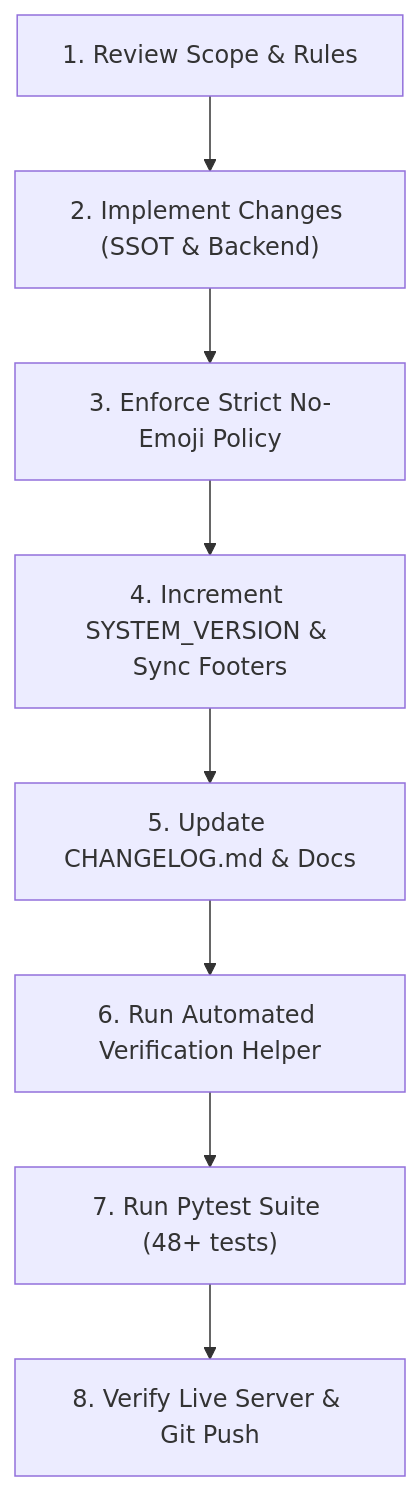
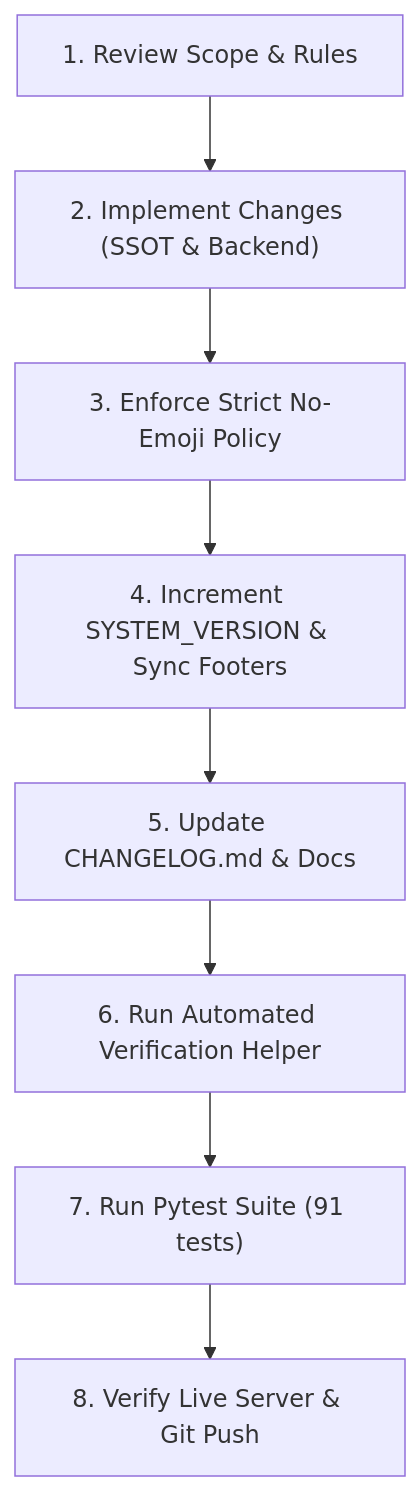
Before and after one commit to itsmekritsanai/stock-order-sdu: the diagram in .agents/skills/stock-order-rules/SKILL.md, drawn with Mermaid. The commit also changed other lines of this file and 10 other files, not shown here.

Commit message:
docs: synchronize README, project context, roadmap, and skill docs with v3.8.3

````diff
--- a/.agents/skills/stock-order-rules/SKILL.md
+++ b/.agents/skills/stock-order-rules/SKILL.md
@@ -74,10 +75,10 @@
 ```mermaid
 flowchart TD
     A["1. Review Scope & Rules"] --> B["2. Implement Changes (SSOT & Backend)"]
     B --> C["3. Enforce Strict No-Emoji Policy"]
     C --> D["4. Increment SYSTEM_VERSION & Sync Footers"]
     D --> E["5. Update CHANGELOG.md & Docs"]
     E --> F["6. Run Automated Verification Helper"]
-    F --> G["7. Run Pytest Suite (48+ tests)"]
+    F --> G["7. Run Pytest Suite (91 tests)"]
     G --> H["8. Verify Live Server & Git Push"]
 ```
````
